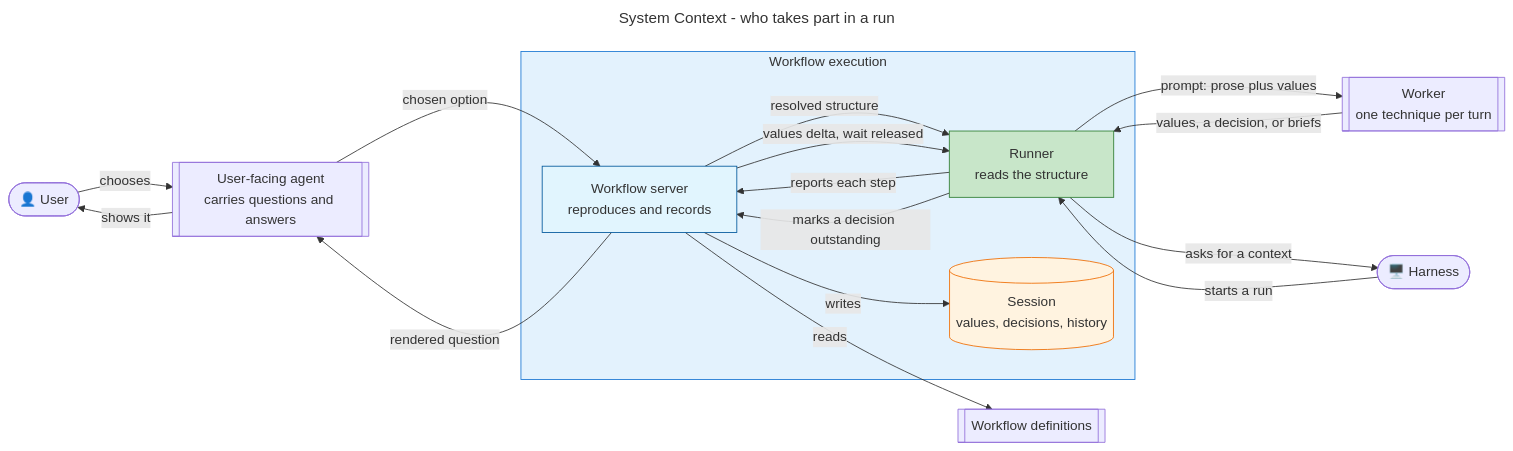
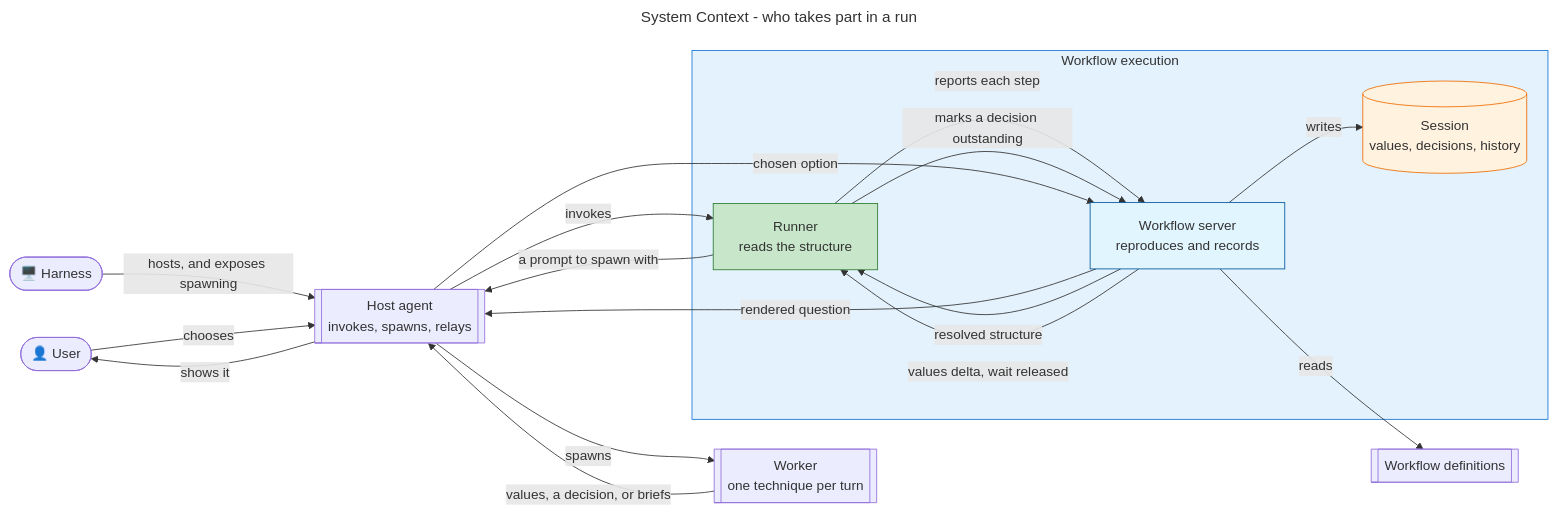
The first of 15 diagrams in artifacts/planning/2026-08-28-runner-execution-protocol/README.md (m2ux/workflow-server), drawn with Mermaid before and after one commit. The commit also changed other lines of this file, not shown here.

````diff
--- a/artifacts/planning/2026-08-28-runner-execution-protocol/README.md
+++ b/artifacts/planning/2026-08-28-runner-execution-protocol/README.md
@@ -54,38 +54,39 @@
 ```mermaid
 ---
 title: System Context - who takes part in a run
 ---
 flowchart LR
     User([👤 User])
     Harness([🖥️ Harness])
 
     subgraph Execution [Workflow execution]
         Runner[Runner<br/>reads the structure]
         Server[Workflow server<br/>reproduces and records]
         Session[(Session<br/>values, decisions, history)]
     end
 
     Agent[[Worker<br/>one technique per turn]]
-    Facing[[User-facing agent<br/>carries questions and answers]]
+    Facing[[Host agent<br/>invokes, spawns, relays]]
     Defs[[Workflow definitions]]
 
-    Harness -->|starts a run| Runner
+    Harness -->|hosts, and exposes spawning| Facing
+    Facing -->|invokes| Runner
+    Runner -->|a prompt to spawn with| Facing
+    Facing -->|spawns| Agent
+    Agent -->|values, a decision, or briefs| Facing
     Runner -->|reports each step| Server
-    Runner -->|prompt: prose plus values| Agent
-    Agent -->|values, a decision, or briefs| Runner
     Runner -->|marks a decision outstanding| Server
     Server -->|rendered question| Facing
     Facing -->|shows it| User
     User -->|chooses| Facing
     Facing -->|chosen option| Server
-    Runner -->|asks for a context| Harness
     Server -->|resolved structure| Runner
     Server -->|values delta, wait released| Runner
     Server -->|reads| Defs
     Server -->|writes| Session
 
     style Execution fill:#e3f2fd,stroke:#1976d2
     style Runner fill:#c8e6c9,stroke:#2e7d32
     style Server fill:#e1f5fe,stroke:#01579b
     style Session fill:#fff3e0,stroke:#ef6c00
 ```
````
